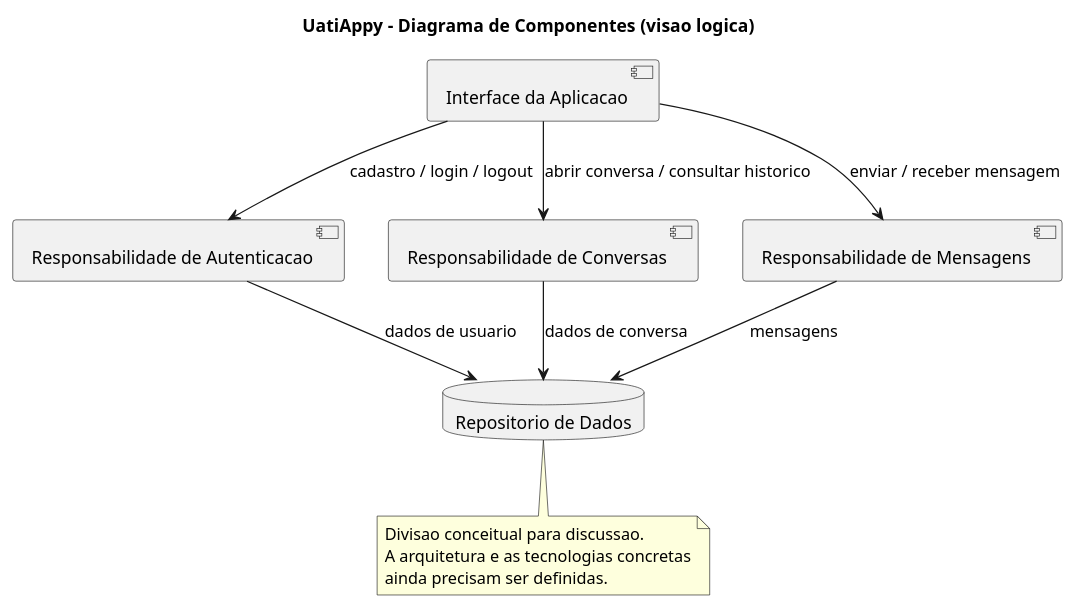
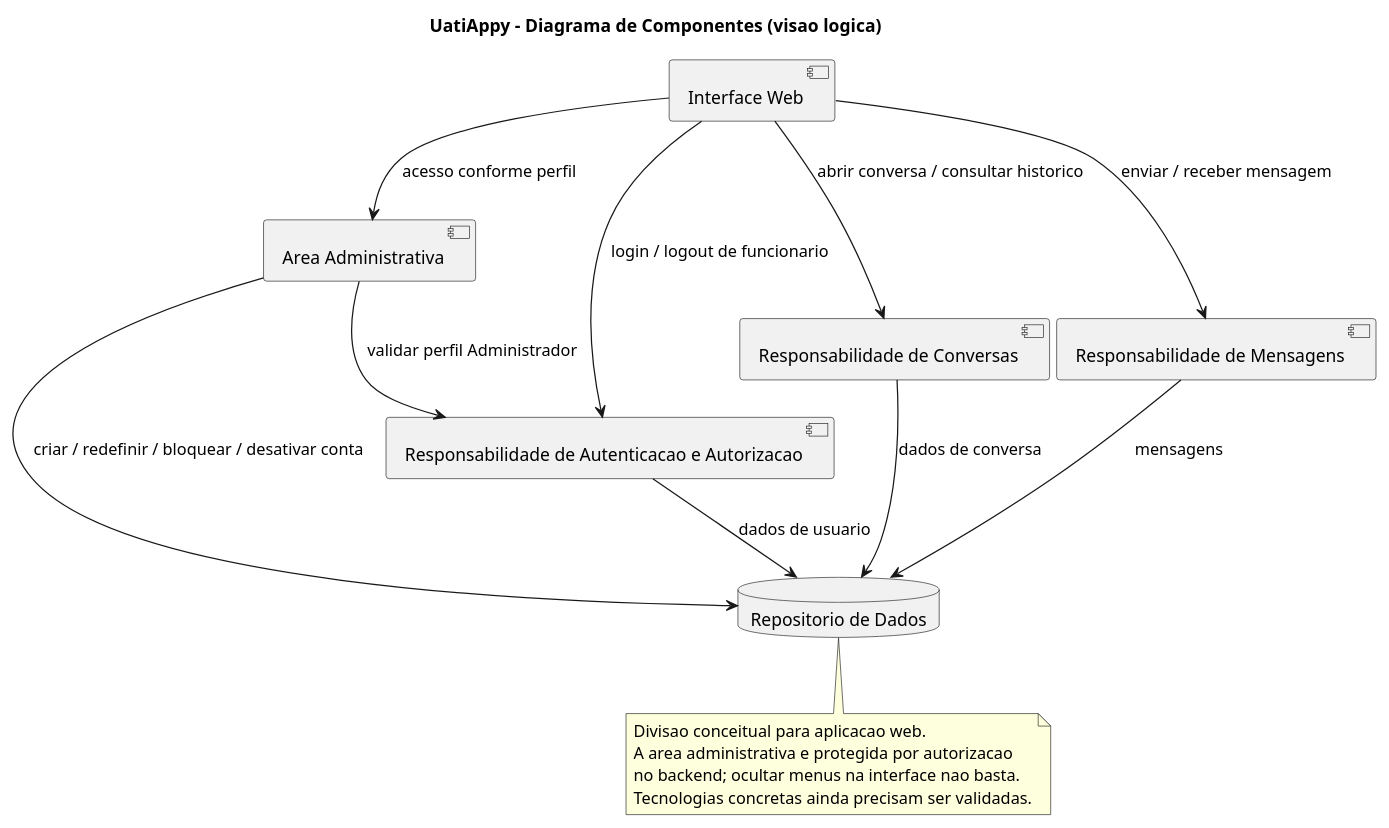
The second of 10 diagrams in Docs/requisitos/escopo-mvp.md (daviwanziler/uatiappy-vdois), drawn with PlantUML before and after one commit. The commit also changed other lines of this file, not shown here.

Commit message:
docs: atualizar requisitos de acesso administrativo

````diff
--- a/Docs/requisitos/escopo-mvp.md
+++ b/Docs/requisitos/escopo-mvp.md
@@ -218,24 +273,29 @@
 ```plantuml
 @startuml
 title UatiAppy - Diagrama de Componentes (visao logica)
 
-component "Interface da Aplicacao" as UI
-component "Responsabilidade de Autenticacao" as AUTH
+component "Interface Web" as UI
+component "Area Administrativa" as ADMINUI
+component "Responsabilidade de Autenticacao e Autorizacao" as AUTH
 component "Responsabilidade de Conversas" as CONV
 component "Responsabilidade de Mensagens" as MSG
 database "Repositorio de Dados" as DATA
 
-UI --> AUTH : cadastro / login / logout
+UI --> AUTH : login / logout de funcionario
+UI --> ADMINUI : acesso conforme perfil
+ADMINUI --> AUTH : validar perfil Administrador
+ADMINUI --> DATA : criar / redefinir / bloquear / desativar conta
 UI --> CONV : abrir conversa / consultar historico
 UI --> MSG : enviar / receber mensagem
 AUTH --> DATA : dados de usuario
 CONV --> DATA : dados de conversa
 MSG --> DATA : mensagens
 
 note bottom
-  Divisao conceitual para discussao.
-  A arquitetura e as tecnologias concretas
-  ainda precisam ser definidas.
+  Divisao conceitual para aplicacao web.
+  A area administrativa e protegida por autorizacao
+  no backend; ocultar menus na interface nao basta.
+  Tecnologias concretas ainda precisam ser validadas.
 end note
 @enduml
 ```
````
